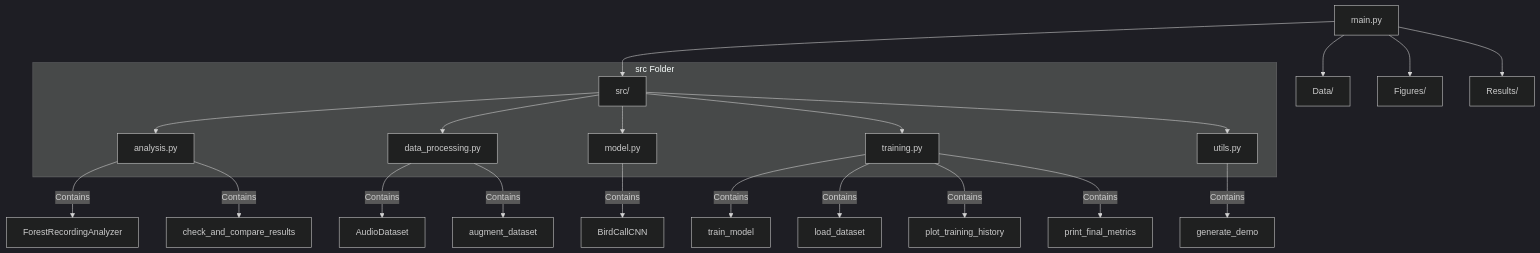
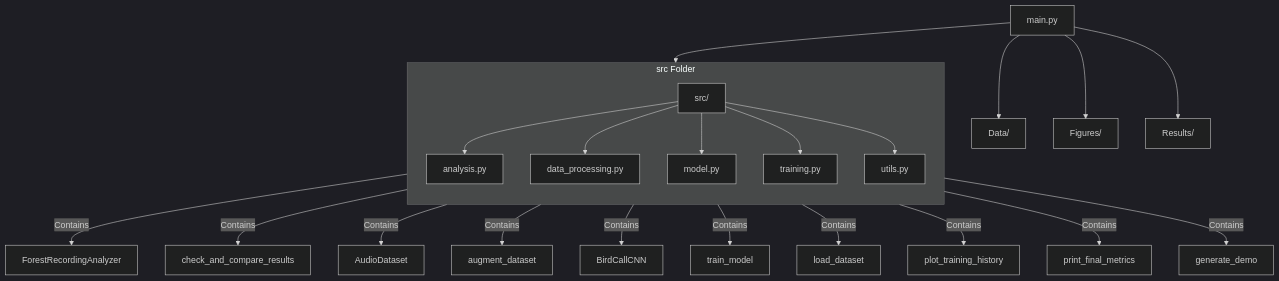
The diagram in README.md (alexneilgreen/Signal-Separation-and-Classification-in-Noisy-Environments-with-Machine-Learning), drawn with Mermaid (dark theme) before and after one commit.

Commit message:
README.md Mermaid Update Shuffle

````diff
--- a/README.md
+++ b/README.md
@@ -1,32 +1,33 @@
 ```mermaid
 graph TD
     A[main.py]
 
     A --> B[Data/]
     A --> C[Figures/]
     A --> D[Results/]
     A --> E[src/]
 
     subgraph src Folder
+        direction TB
         E --> F[analysis.py]
         E --> G[data_processing.py]
         E --> H[model.py]
         E --> I[training.py]
         E --> J[utils.py]
     end
 
     F --> |Contains| BFA[ForestRecordingAnalyzer]
     F --> |Contains| BFB[check_and_compare_results]
 
     G --> |Contains| CDA[AudioDataset]
     G --> |Contains| CDB[augment_dataset]
 
     H --> |Contains| DBM[BirdCallCNN]
 
     I --> |Contains| EFT[train_model]
     I --> |Contains| EFL[load_dataset]
     I --> |Contains| EFP[plot_training_history]
     I --> |Contains| EFM[print_final_metrics]
 
     J --> |Contains| FGD[generate_demo]
 ```
````
